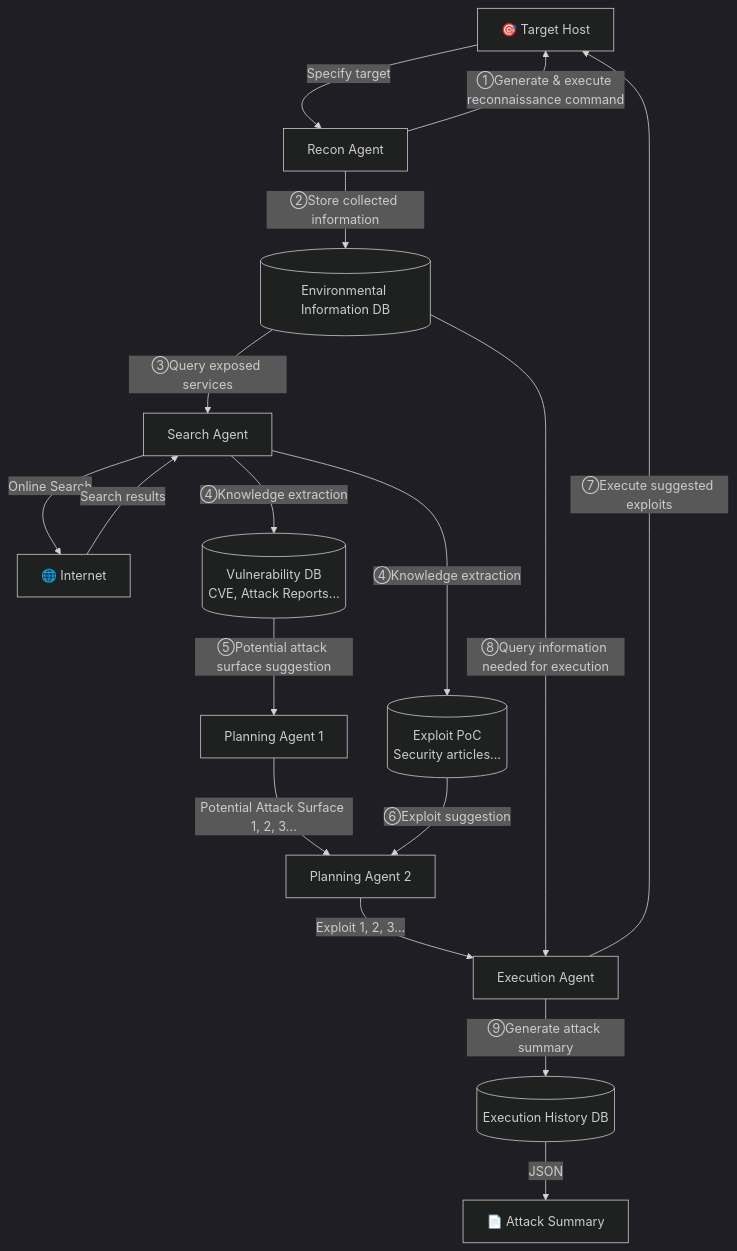
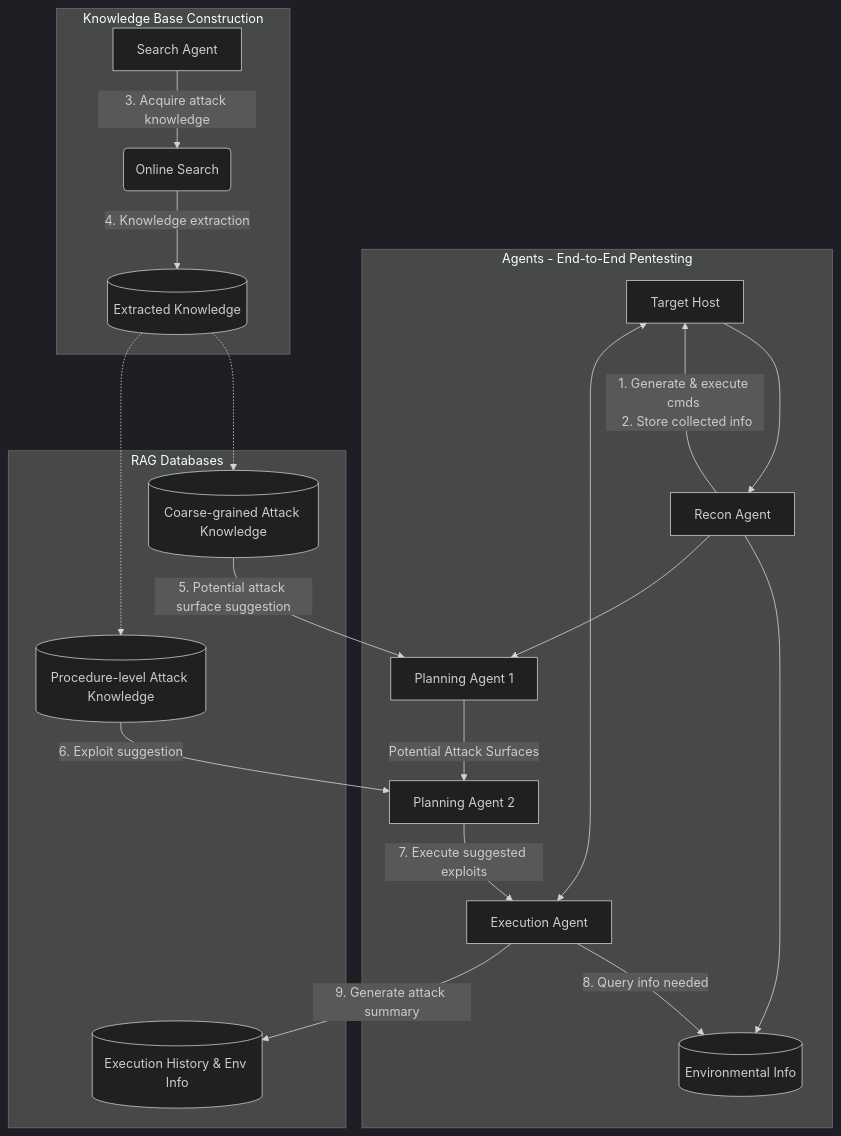
One commit to nishan-paul-2022/cmatrix-agentic-red-team changed the first of 6 diagrams in docs/paper-research/md-downloaded-paper-curated/13-pentestagent-incorporating-llm-agents-to-automated.md. Above: the diagram before and after it, drawn with Mermaid (dark theme). The commit also changed other lines of this file and 52 other files, not shown here.

````diff
--- a/docs/paper-research/md-downloaded-paper-curated/13-pentestagent-incorporating-llm-agents-to-automated.md
+++ b/docs/paper-research/md-downloaded-paper-curated/13-pentestagent-incorporating-llm-agents-to-automated.md
@@ -312,19 +181,45 @@
 ```mermaid
-flowchart TD
-    A[🎯 Target Host] -->|Specify target| B[Recon Agent]
-    B -->|①Generate & execute reconnaissance command| A
-    B -->|②Store collected information| DB1[(Environmental Information DB)]
-    DB1 -->|③Query exposed services| C[Search Agent]
-    C -->|Online Search| NET[🌐 Internet]
-    NET -->|Search results| C
-    C -->|④Knowledge extraction| DB2[(Vulnerability DB\nCVE, Attack Reports...)]
-    C -->|④Knowledge extraction| DB3[(Exploit PoC\nSecurity articles...)]
-    DB2 -->|⑤Potential attack surface suggestion| D1[Planning Agent 1]
-    D1 -->|Potential Attack Surface 1, 2, 3...| D2[Planning Agent 2]
-    DB3 -->|⑥Exploit suggestion| D2
-    D2 -->|Exploit 1, 2, 3...| E[Execution Agent]
-    DB1 -->|⑧Query information needed for execution| E
-    E -->|⑦Execute suggested exploits| A
-    E -->|⑨Generate attack summary| DB4[(Execution History DB)]
-    DB4 -->|JSON| F[📄 Attack Summary]
+
+graph TD
+    TargetHost[Target Host]
+    subgraph Agents - End-to-End Pentesting
+        ReconAgent[Recon Agent]
+        PlanAgent1[Planning Agent 1]
+        PlanAgent2[Planning Agent 2]
+        ExecAgent[Execution Agent]
+        EnvInfo[(Environmental Info)]
+        
+        ReconAgent -- 1. Generate & execute cmds <br> 2. Store collected info --> TargetHost
+        TargetHost --> ReconAgent
+        ReconAgent --> EnvInfo
+        ReconAgent --> PlanAgent1
+        
+        PlanAgent1 -- Potential Attack Surfaces --> PlanAgent2
+        PlanAgent2 -- 7. Execute suggested exploits --> ExecAgent
+        ExecAgent <--> TargetHost
+        ExecAgent -- 8. Query info needed --> EnvInfo
+    end
+
+    subgraph Knowledge Base Construction
+        SearchAgent[Search Agent]
+        OnlineSearch(Online Search)
+        ExtractedKnowledge[(Extracted Knowledge)]
+        
+        SearchAgent -- 3. Acquire attack knowledge --> OnlineSearch
+        OnlineSearch -- 4. Knowledge extraction --> ExtractedKnowledge
+    end
+    
+    subgraph RAG Databases
+        DB_Coarse[(Coarse-grained Attack Knowledge)]
+        DB_Proc[(Procedure-level Attack Knowledge)]
+        DB_Hist[(Execution History & Env Info)]
+    end
+    
+    ExtractedKnowledge -.-> DB_Coarse
+    ExtractedKnowledge -.-> DB_Proc
+    
+    DB_Coarse -- 5. Potential attack surface suggestion --> PlanAgent1
+    DB_Proc -- 6. Exploit suggestion --> PlanAgent2
+    
+    ExecAgent -- 9. Generate attack summary --> DB_Hist
 ```
````
